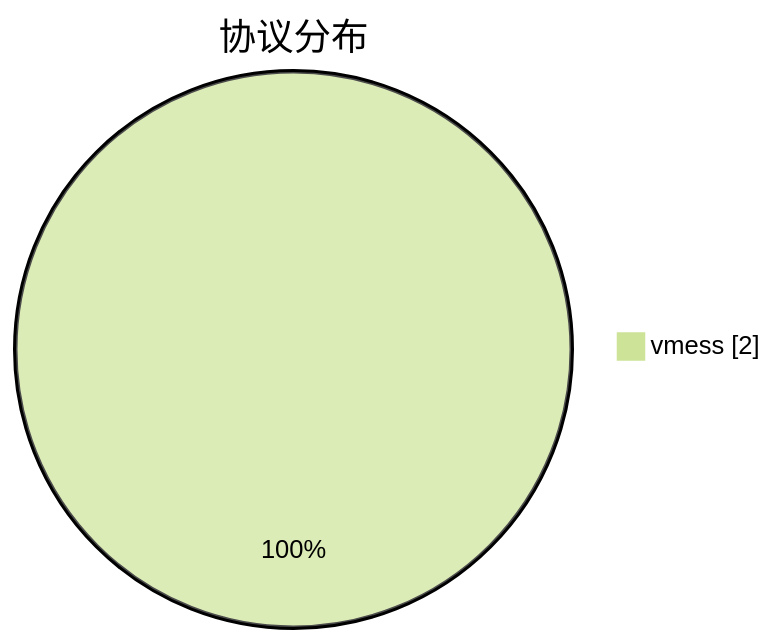
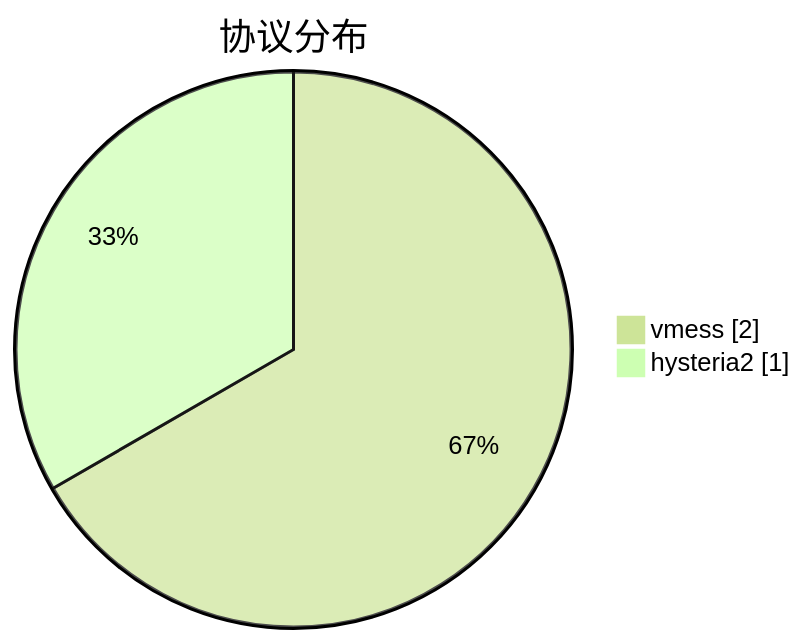
One commit to rxsweet/collectNodes changed the second of 2 diagrams in subs/merged/tested_within.md. Above: the diagram before and after it, drawn with Mermaid (forest theme). The commit also changed other lines of this file and 2 other files, not shown here.

````diff
--- a/subs/merged/tested_within.md
+++ b/subs/merged/tested_within.md
@@ -7,5 +7,6 @@
 ```mermaid
 pie showData
 title 协议分布
 "vmess" : 2
+"hysteria2" : 1
 ```
````
